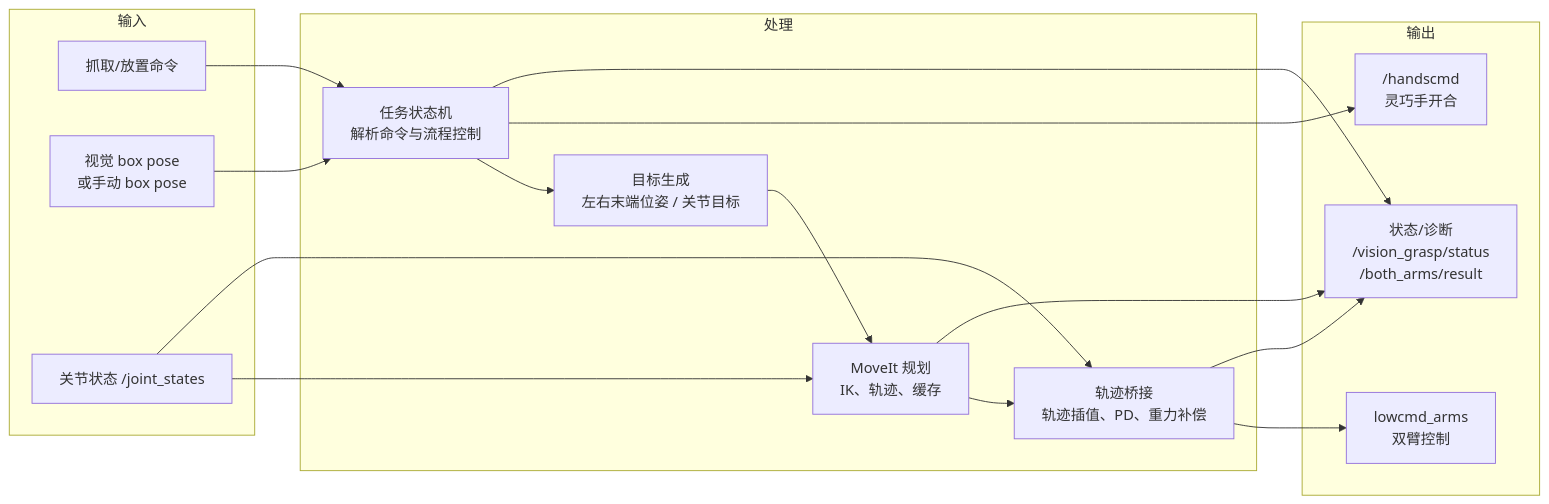
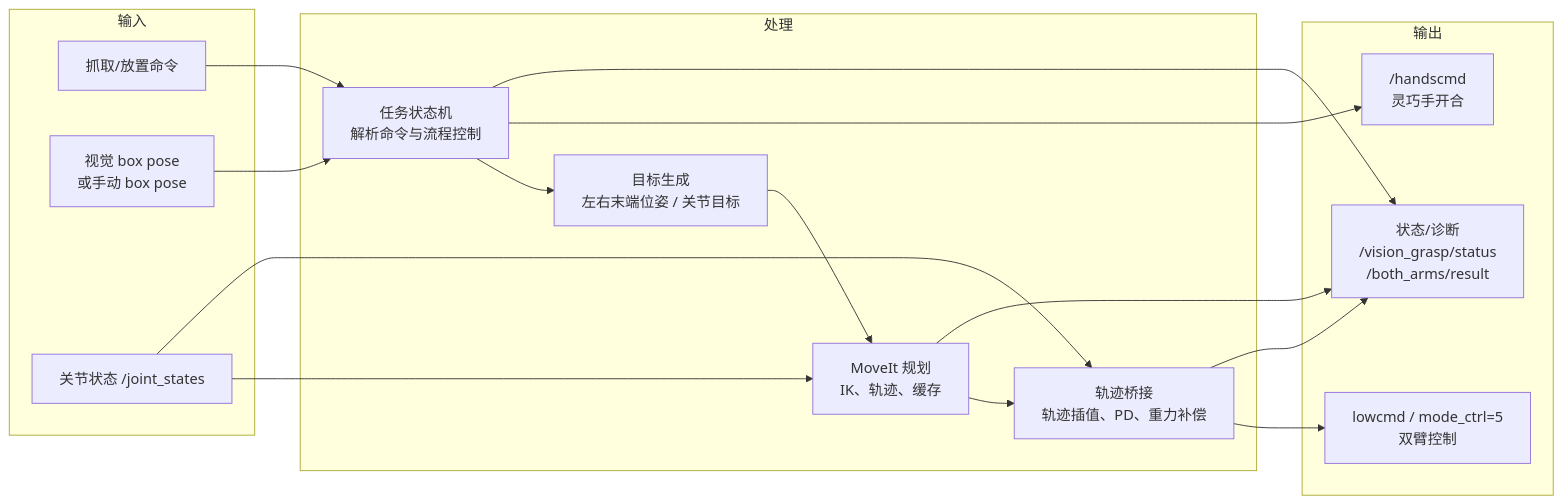
Before and after one commit to qi-robotics/qiling_carry_box: the second of 5 diagrams in src/qiling_s4/PROJECT_DIAGRAMS.md, drawn with Mermaid. The commit also changed other lines of this file and 14 other files, not shown here.

````diff
--- a/src/qiling_s4/PROJECT_DIAGRAMS.md
+++ b/src/qiling_s4/PROJECT_DIAGRAMS.md
@@ -31,31 +31,31 @@
 ```mermaid
 flowchart LR
     subgraph Input["输入"]
         A["抓取/放置命令"]
         B["视觉 box pose<br/>或手动 box pose"]
         C["关节状态 /joint_states"]
     end
 
     subgraph Process["处理"]
         D["任务状态机<br/>解析命令与流程控制"]
         E["目标生成<br/>左右末端位姿 / 关节目标"]
         F["MoveIt 规划<br/>IK、轨迹、缓存"]
         G["轨迹桥接<br/>轨迹插值、PD、重力补偿"]
     end
 
     subgraph Output["输出"]
-        H["lowcmd_arms<br/>双臂控制"]
+        H["lowcmd / mode_ctrl=5<br/>双臂控制"]
         I["/handscmd<br/>灵巧手开合"]
         J["状态/诊断<br/>/vision_grasp/status<br/>/both_arms/result"]
     end
 
     A --> D
     B --> D
     C --> F
     C --> G
     D --> E --> F --> G --> H
     D --> I
     D --> J
     F --> J
     G --> J
 ```
````
